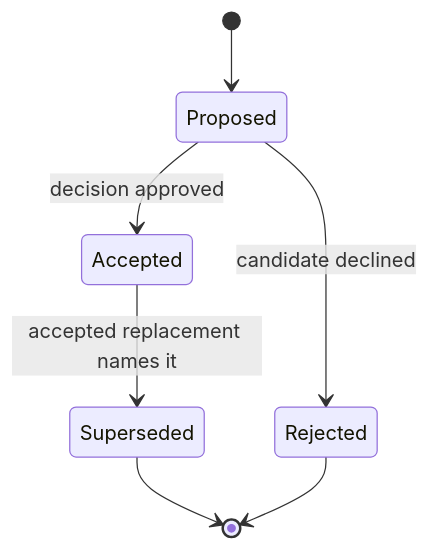
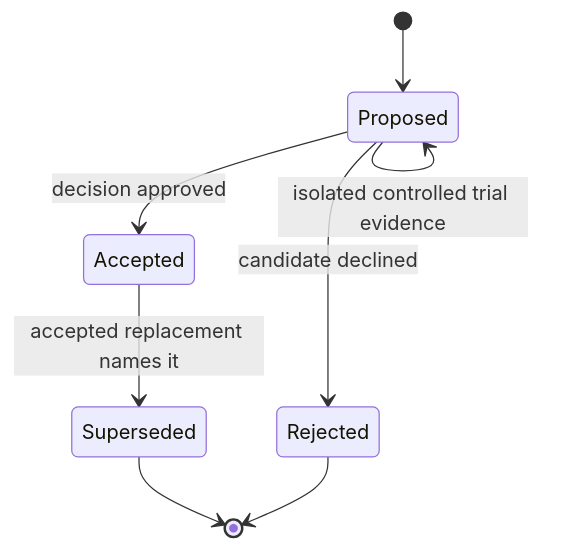
Before and after one commit to Latias94/baozi: the diagram in docs/adr/0028-adr-lifecycle-and-evidence-governance.md, drawn with Mermaid. The commit also changed other lines of this file and 23 other files, not shown here.

First line of the commit message:
docs(architecture): align import governance and evidence

````diff
--- a/docs/adr/0028-adr-lifecycle-and-evidence-governance.md
+++ b/docs/adr/0028-adr-lifecycle-and-evidence-governance.md
@@ -50,9 +55,10 @@
 ```mermaid
 stateDiagram-v2
     [*] --> Proposed
+    Proposed --> Proposed: isolated controlled trial evidence
     Proposed --> Accepted: decision approved
     Proposed --> Rejected: candidate declined
     Accepted --> Superseded: accepted replacement names it
     Superseded --> [*]
     Rejected --> [*]
 ```
````
